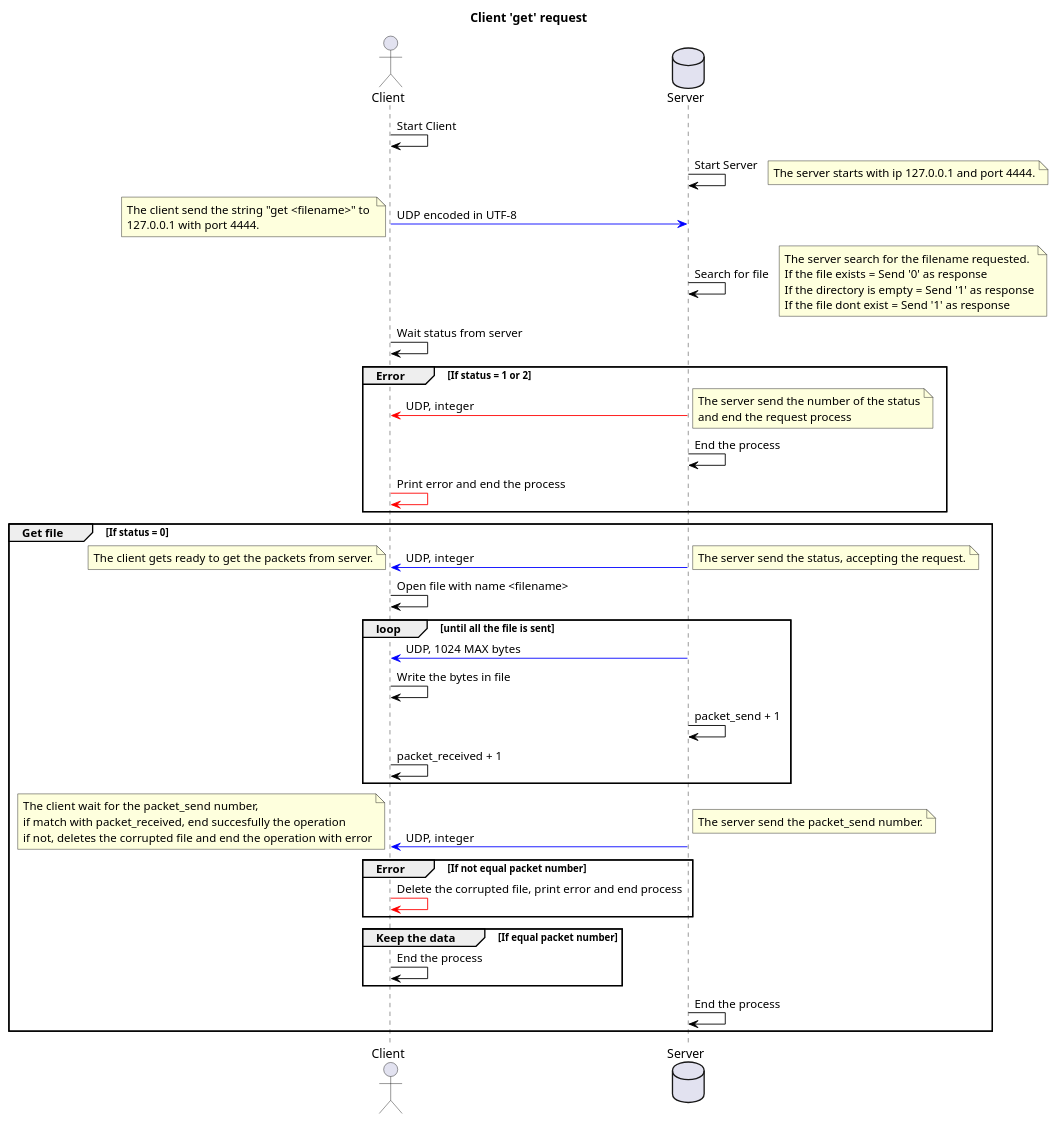
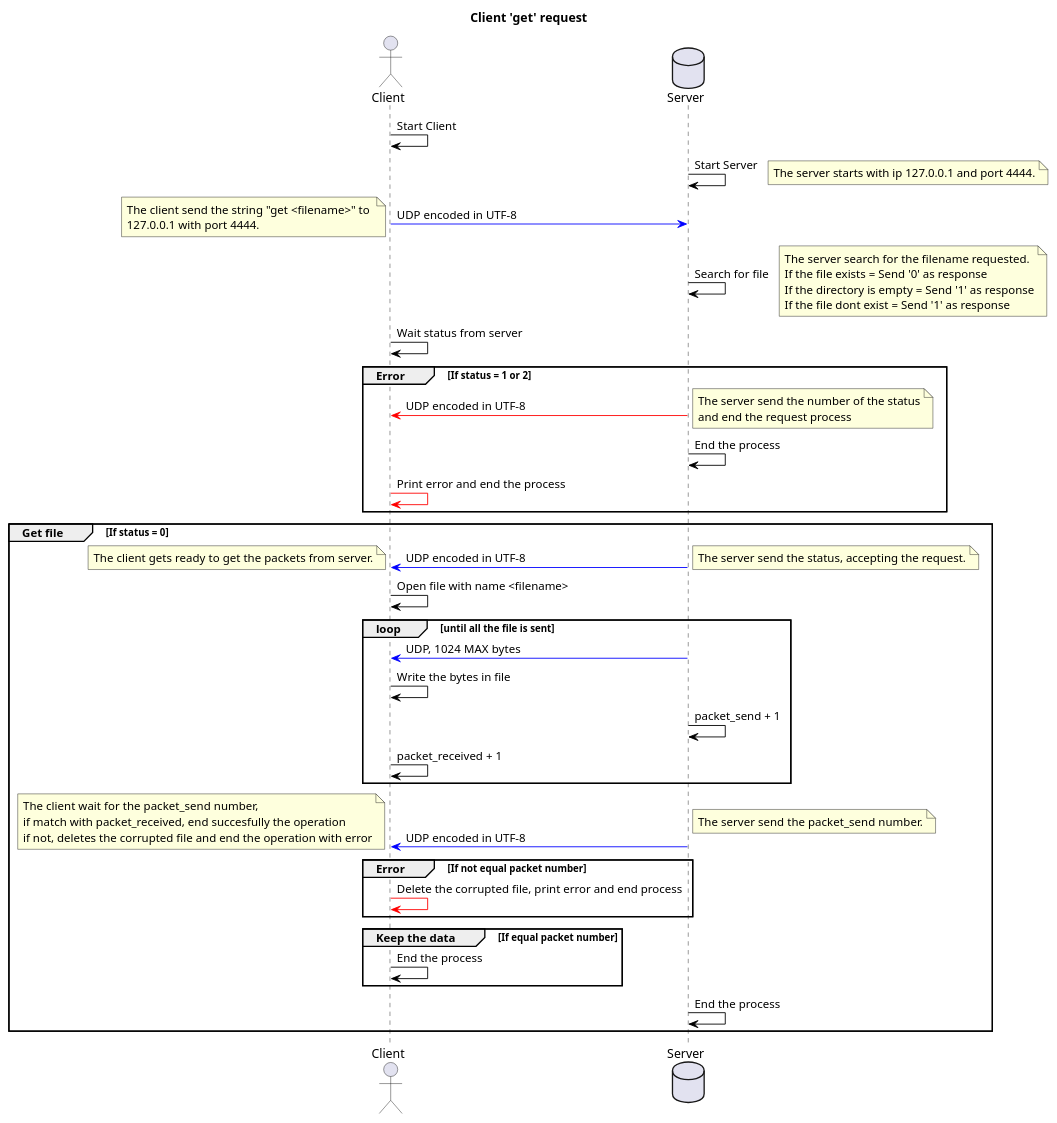
One commit to Zettaiki/Client-Server-UDP-file-transfer changed the second of 3 diagrams in UML/PlantUML-code/ClientServerUML.plantuml. Above: the diagram before and after it, drawn with PlantUML. The commit also changed other lines of this file and 5 other files, not shown here.

Commit message:
Update UML

```diff
--- a/UML/PlantUML-code/ClientServerUML.plantuml
+++ b/UML/PlantUML-code/ClientServerUML.plantuml
@@ -30,67 +30,67 @@
 @startuml ClientGetUML
 
 title Client 'get' request
 
 actor Client as Client
 database Server as Server
 Client -[#Black]> Client : Start Client
 Server -[#Black]> Server : Start Server
 note right
 The server starts with ip 127.0.0.1 and port 4444.
 end note
 Client -[#Blue]> Server : UDP encoded in UTF-8
 note left
 The client send the string "get <filename>" to 
 127.0.0.1 with port 4444.
 end note
 Server -[#Black]> Server : Search for file
 note right
 The server search for the filename requested.
 If the file exists = Send '0' as response
 If the directory is empty = Send '1' as response
 If the file dont exist = Send '1' as response
 end note
 Client -[#Black]> Client : Wait status from server
 group Error [If status = 1 or 2]
-    Client <[#Red]- Server : UDP, integer
+    Client <[#Red]- Server : UDP encoded in UTF-8
     note right
     The server send the number of the status
     and end the request process
     end note
     Server -[#Black]> Server : End the process
     Client -[#Red]> Client : Print error and end the process
 end
 group Get file [If status = 0]
-    Client <[#Blue]- Server : UDP, integer
+    Client <[#Blue]- Server : UDP encoded in UTF-8
     note right
     The server send the status, accepting the request.
     end note
     note left
     The client gets ready to get the packets from server.
     end note
     Client -[#Black]> Client : Open file with name <filename>
     loop until all the file is sent
         Server -[#Blue]> Client : UDP, 1024 MAX bytes
         Client -[#Black]> Client : Write the bytes in file
         Server -[#Black]> Server : packet_send + 1
         Client -[#Black]> Client : packet_received + 1
     end
-    Server -[#Blue]> Client : UDP, integer
+    Server -[#Blue]> Client : UDP encoded in UTF-8
     note left
     The client wait for the packet_send number,
     if match with packet_received, end succesfully the operation
     if not, deletes the corrupted file and end the operation with error
     end note
     note right
     The server send the packet_send number.
     end note
     group Error [If not equal packet number]
     Client -[#Red]> Client : Delete the corrupted file, print error and end process
     end
     group Keep the data [If equal packet number]
     Client -[#Black]> Client : End the process
     end
     Server -[#Black]> Server : End the process
 end
 
 @enduml
```
